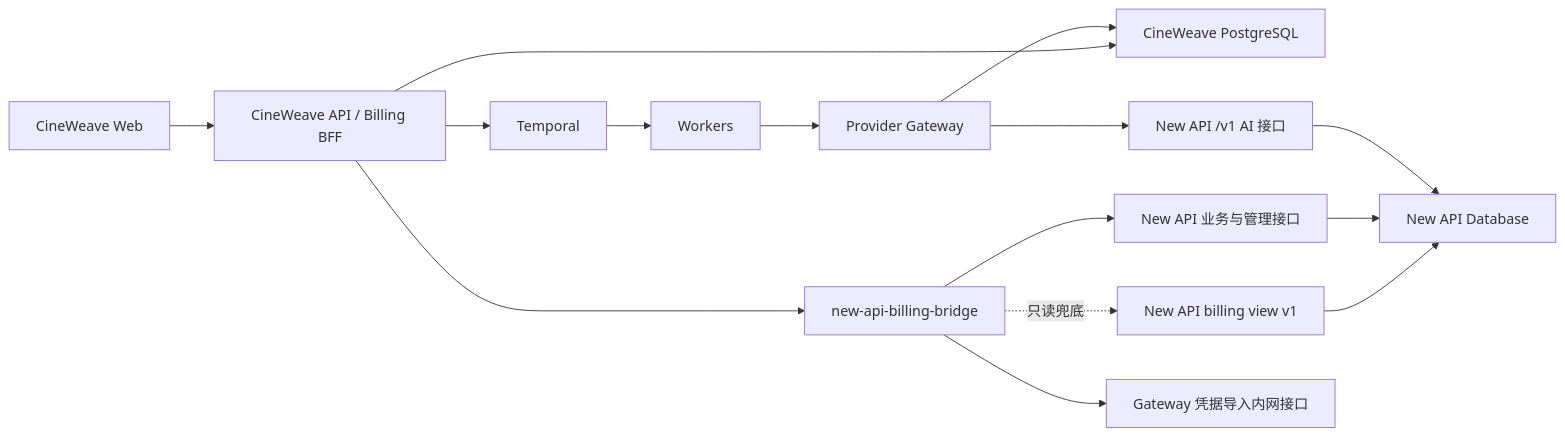
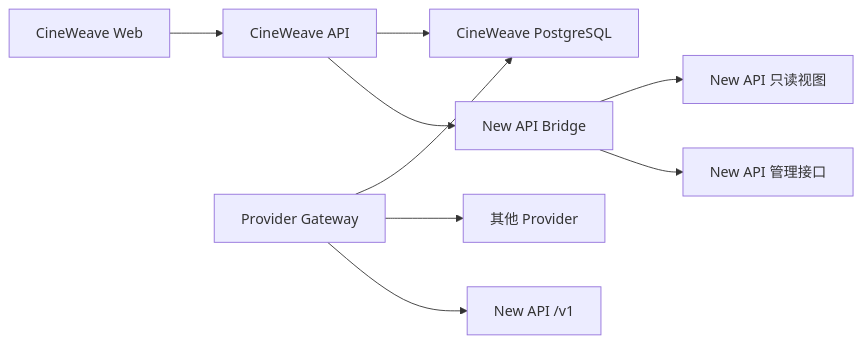
Before and after one commit to Einzieg/CineWeave: the diagram in docs/new-api-commercial-billing-integration-target.md, drawn with Mermaid. The commit also changed other lines of this file and 33 other files, not shown here.

````diff
--- a/docs/new-api-commercial-billing-integration-target.md
+++ b/docs/new-api-commercial-billing-integration-target.md
@@ -804,17 +98,11 @@
 ```mermaid
 flowchart LR
-    Web["CineWeave Web"] --> API["CineWeave API / Billing BFF"]
-    API --> AppDB["CineWeave PostgreSQL"]
-    API --> Bridge["new-api-billing-bridge"]
-    API --> Temporal["Temporal"]
-    Temporal --> Workers["Workers"]
-    Workers --> Gateway["Provider Gateway"]
-    Gateway --> AppDB
-    Gateway --> NewAPI["New API /v1 AI 接口"]
-    Bridge --> NewAPIAdmin["New API 业务与管理接口"]
-    Bridge -. "只读兜底" .-> BillingView["New API billing view v1"]
-    BillingView --> NewAPIDB["New API Database"]
-    Bridge --> GatewayImport["Gateway 凭据导入内网接口"]
-    NewAPIAdmin --> NewAPIDB
-    NewAPI --> NewAPIDB
+  Web["CineWeave Web"] --> API["CineWeave API"]
+  API --> Bridge["New API Bridge"]
+  Bridge --> NewAPI["New API 管理接口"]
+  Bridge --> View["New API 只读视图"]
+  Gateway["Provider Gateway"] --> NewAPIV1["New API /v1"]
+  Gateway --> Other["其他 Provider"]
+  API --> DB["CineWeave PostgreSQL"]
+  Gateway --> DB
 ```
````
